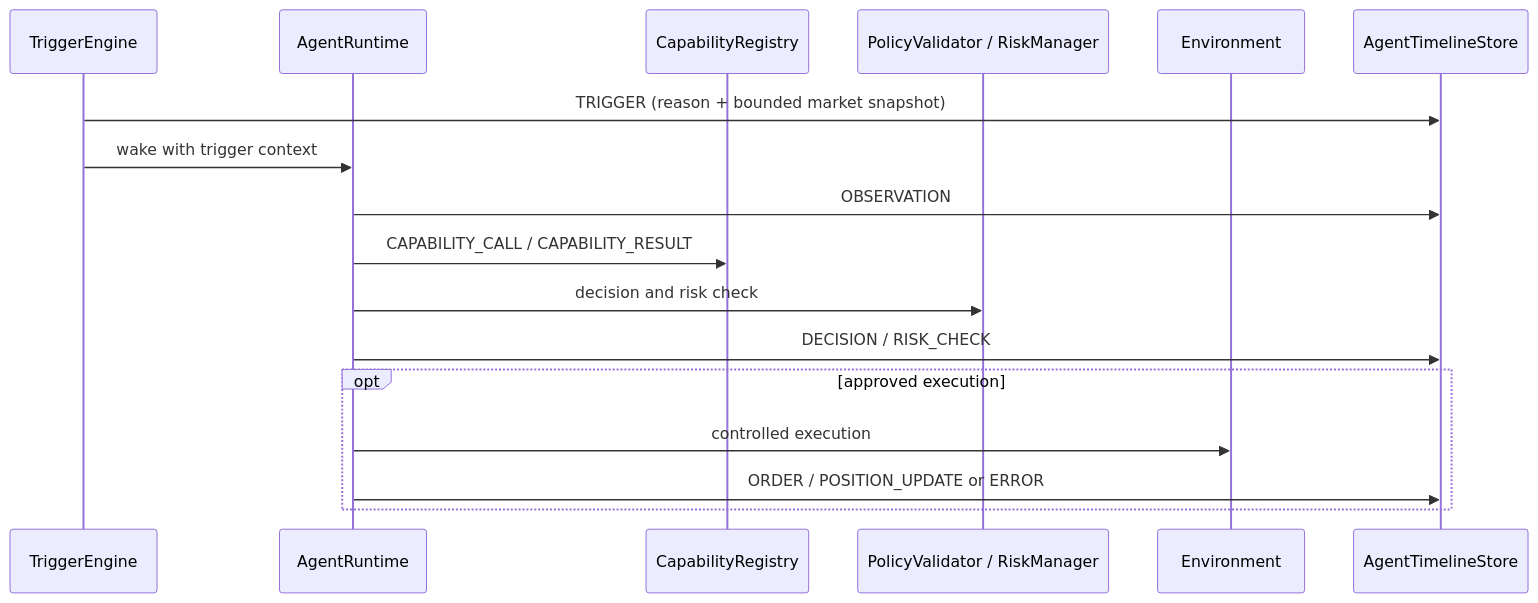
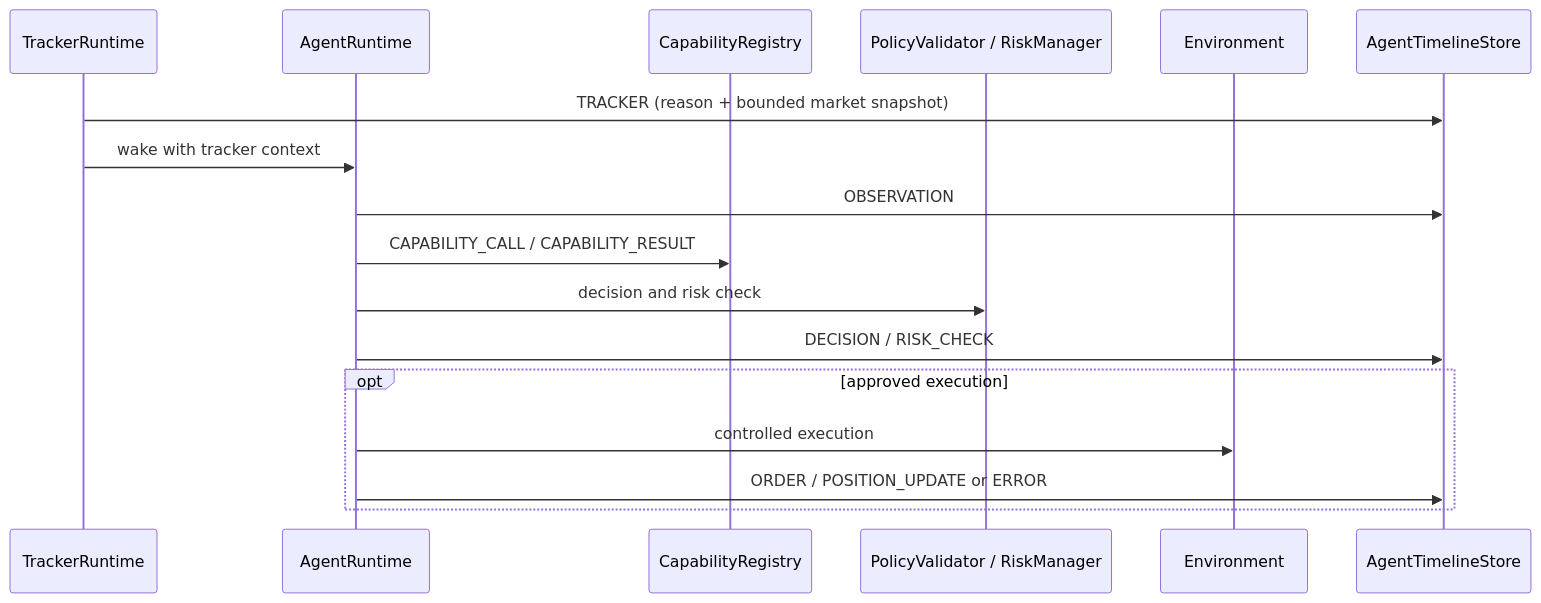
One commit to Mabu007/TradingV changed the diagram in docs/agent-timeline.md. Above: the diagram before and after it, drawn with Mermaid. The commit also changed other lines of this file and 333 other files, not shown here.

````diff
--- a/docs/agent-timeline.md
+++ b/docs/agent-timeline.md
@@ -5,19 +5,19 @@
 ```mermaid
 sequenceDiagram
-  participant T as TriggerEngine
+  participant T as TrackerRuntime
   participant R as AgentRuntime
   participant C as CapabilityRegistry
   participant V as PolicyValidator / RiskManager
   participant X as Environment
   participant TL as AgentTimelineStore
-  T->>TL: TRIGGER (reason + bounded market snapshot)
-  T->>R: wake with trigger context
+  T->>TL: TRACKER (reason + bounded market snapshot)
+  T->>R: wake with tracker context
   R->>TL: OBSERVATION
   R->>C: CAPABILITY_CALL / CAPABILITY_RESULT
   R->>V: decision and risk check
   R->>TL: DECISION / RISK_CHECK
   opt approved execution
     R->>X: controlled execution
     R->>TL: ORDER / POSITION_UPDATE or ERROR
   end
 ```
````
